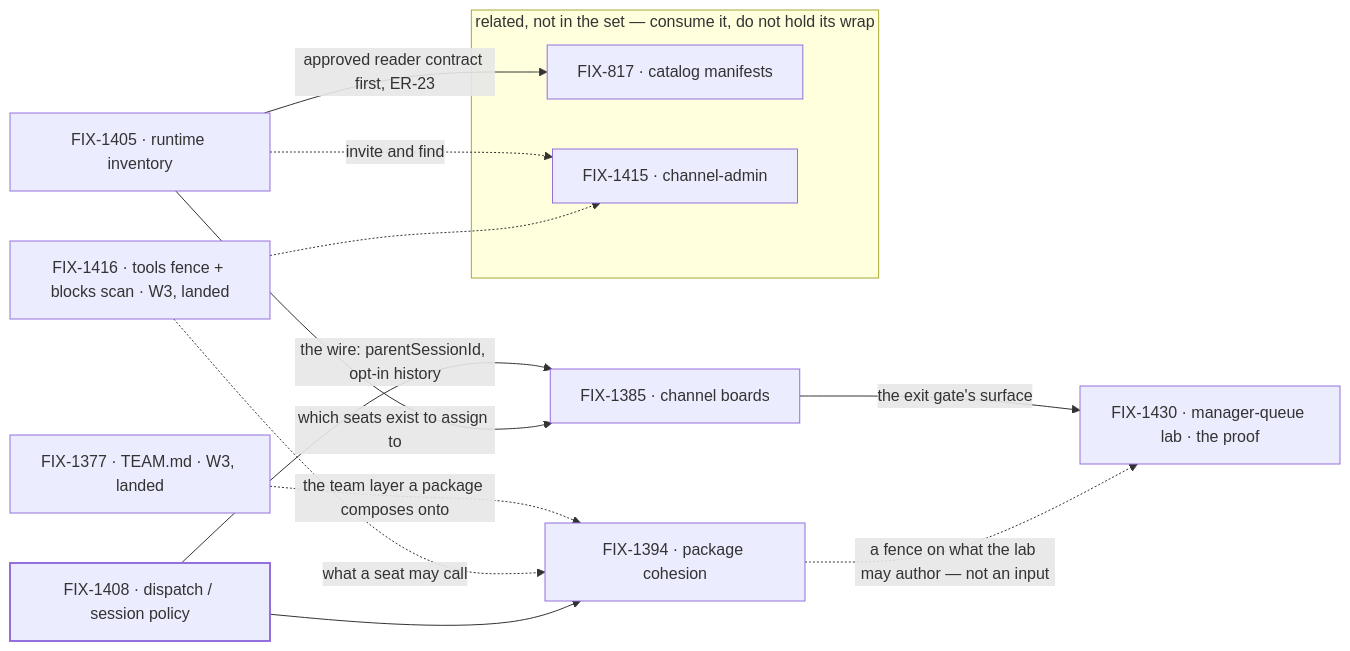
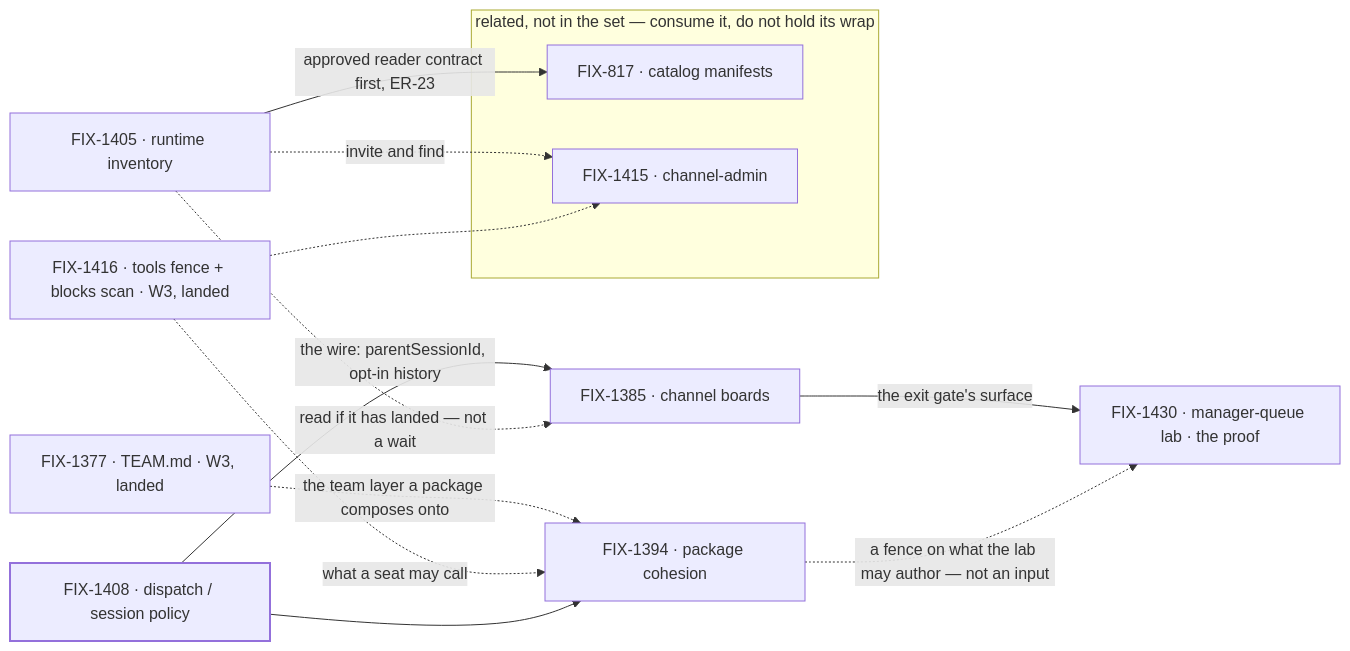
The diagram in spec/_epics/work-routing-package-cohesion/SPEC.md (fixpoint-labs/flow-state-dev), drawn with Mermaid before and after one commit. The commit also changed other lines of this file and 6 other files, not shown here.

````diff
--- a/spec/_epics/work-routing-package-cohesion/SPEC.md
+++ b/spec/_epics/work-routing-package-cohesion/SPEC.md
@@ -66,19 +66,19 @@
 ```mermaid
 flowchart LR
   T377["FIX-1377 · TEAM.md · W3, landed"] -.->|"the team layer a package composes onto"| PK
   T416["FIX-1416 · tools fence + blocks scan · W3, landed"] -.->|"what a seat may call"| PK
   DP["FIX-1408 · dispatch / session policy"] -->|"the wire: parentSessionId, opt-in history"| BD
   DP --> PK["FIX-1394 · package cohesion"]
-  INV["FIX-1405 · runtime inventory"] -->|"which seats exist to assign to"| BD["FIX-1385 · channel boards"]
+  INV["FIX-1405 · runtime inventory"] -.->|"read if it has landed — not a wait"| BD["FIX-1385 · channel boards"]
   BD -->|"the exit gate's surface"| LAB["FIX-1430 · manager-queue lab · the proof"]
   PK -.->|"a fence on what the lab may author — not an input"| LAB
   subgraph REL ["related, not in the set — consume it, do not hold its wrap"]
     CAT["FIX-817 · catalog manifests"]
     ADM["FIX-1415 · channel-admin"]
   end
   INV -->|"approved reader contract first, ER-23"| CAT
   INV -.->|"invite and find"| ADM
   T416 -.-> ADM
   classDef done stroke-width:2px
   class DP done
 ```
````
